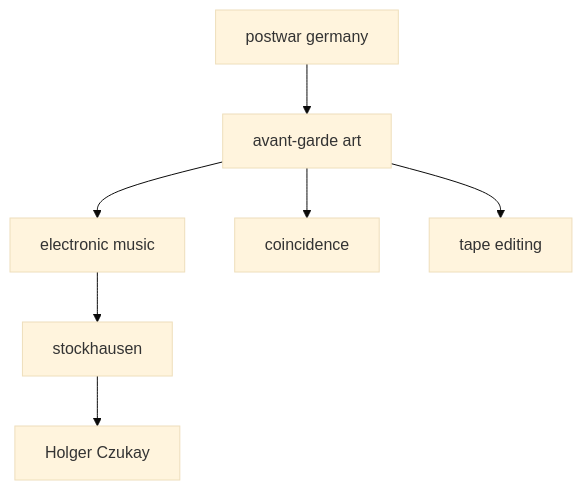
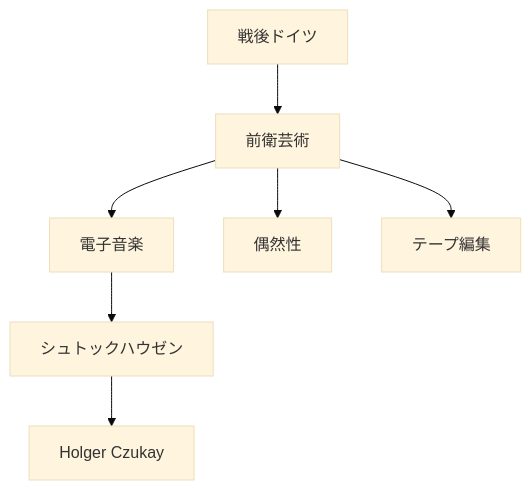
Before and after one commit to monumental-movement/monumental-movement.github.io: the first of 8 diagrams in en/_posts/2026-05-16-column-holger-czukay.md, drawn with Mermaid (base theme). The commit also changed other lines of this file and 2196 other files, not shown here.

```diff
--- a/en/_posts/2026-05-16-column-holger-czukay.md
+++ b/en/_posts/2026-05-16-column-holger-czukay.md
@@ -121,9 +120,9 @@
 <div class="mermaid">
 graph TD
-A[postwar germany] --> B[avant-garde art]
-B --> C[electronic music]
-B --> D[coincidence]
-B --> E[tape editing]
-C --> F[stockhausen]
+A[戦後ドイツ] --> B[前衛芸術]
+B --> C[電子音楽]
+B --> D[偶然性]
+B --> E[テープ編集]
+C --> F[シュトックハウゼン]
 F --> G[Holger Czukay]
 </div>
```
